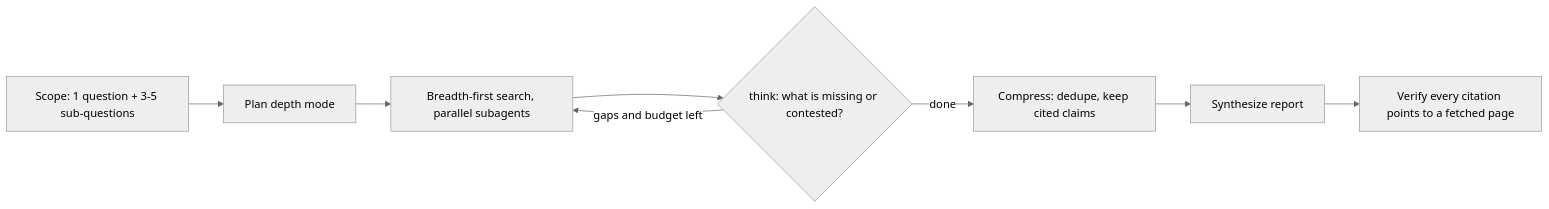
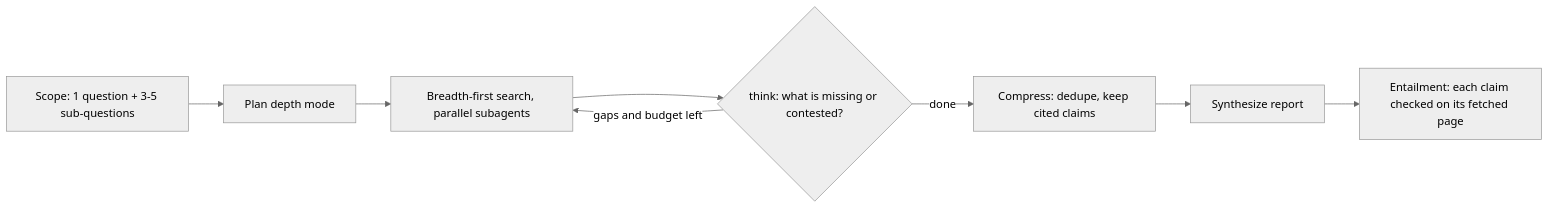
Before and after one commit to garikipatisai-code/sdlc-lean: the diagram in .opencode/skills/deep-research/SKILL.md, drawn with Mermaid (neutral theme). The commit also changed other lines of this file and 135 other files, not shown here.

````diff
--- a/.opencode/skills/deep-research/SKILL.md
+++ b/.opencode/skills/deep-research/SKILL.md
@@ -13,10 +11,10 @@
 ```mermaid
 flowchart LR
     S[Scope: 1 question + 3-5 sub-questions] --> P[Plan depth mode]
     P --> B[Breadth-first search, parallel subagents]
     B --> A{think: what is missing or contested?}
     A -- gaps and budget left --> B
     A -- done --> C[Compress: dedupe, keep cited claims]
     C --> R[Synthesize report]
-    R --> V[Verify every citation points to a fetched page]
+    R --> V[Entailment: each claim checked on its fetched page]
 ```
````
